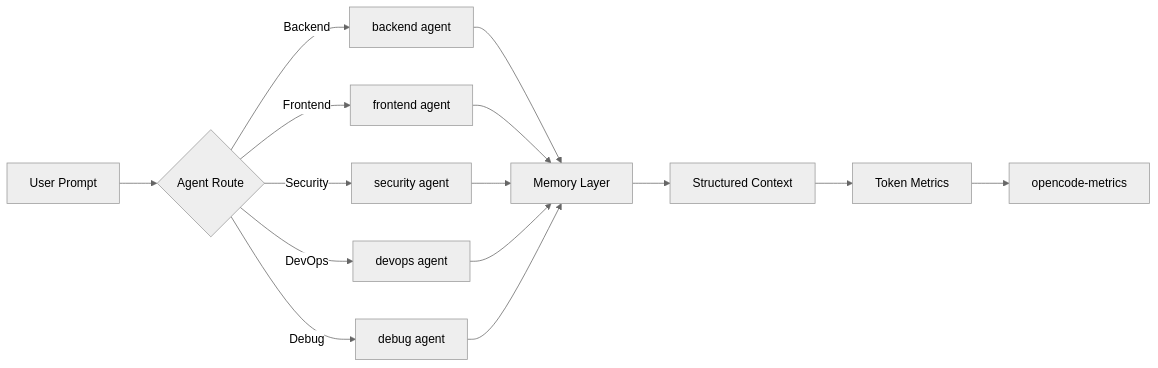
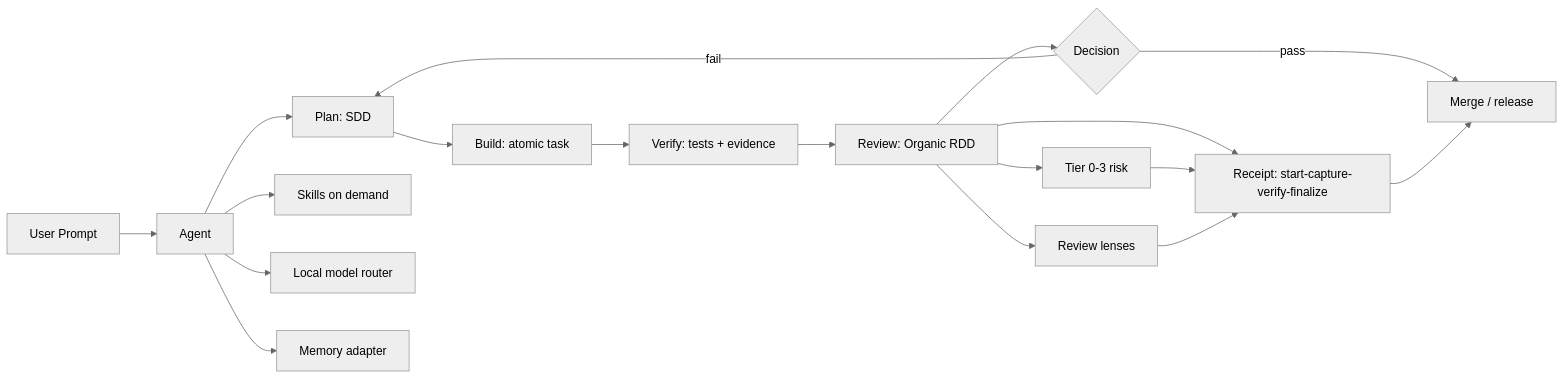
The second of 5 diagrams in docs/architecture/diagrams.md (Rukawua26/opencode-ecosystem), drawn with Mermaid (neutral theme) before and after one commit. The commit also changed other lines of this file and 3 other files, not shown here.

````diff
--- a/docs/architecture/diagrams.md
+++ b/docs/architecture/diagrams.md
@@ -51,19 +53,20 @@
 ```mermaid
-flowchart LR
-    A[User Prompt] --> B{Agent Route}
-    B -->|Backend| C1[backend agent]
-    B -->|Frontend| C2[frontend agent]
-    B -->|Security| C3[security agent]
-    B -->|DevOps| C4[devops agent]
-    B -->|Debug| C5[debug agent]
-
-    C1 --> D[Memory Layer]
-    C2 --> D
-    C3 --> D
-    C4 --> D
-    C5 --> D
-
-    D --> E[Structured Context]
-    E --> F[Token Metrics]
-    F --> G[opencode-metrics]
+graph LR
+    A[User Prompt] --> B[Agent]
+    B --> C[Plan: SDD]
+    C --> D[Build: atomic task]
+    D --> E[Verify: tests + evidence]
+    E --> F[Review: Organic RDD]
+    F --> G{Decision}
+    G -->|pass| H[Merge / release]
+    G -->|fail| C
+    F --> I[Tier 0-3 risk]
+    F --> J[Review lenses]
+    F --> K[Receipt: start-capture-verify-finalize]
+    I --> K
+    J --> K
+    K --> H
+    B --> L[Skills on demand]
+    B --> M[Local model router]
+    B --> N[Memory adapter]
 ```
````
